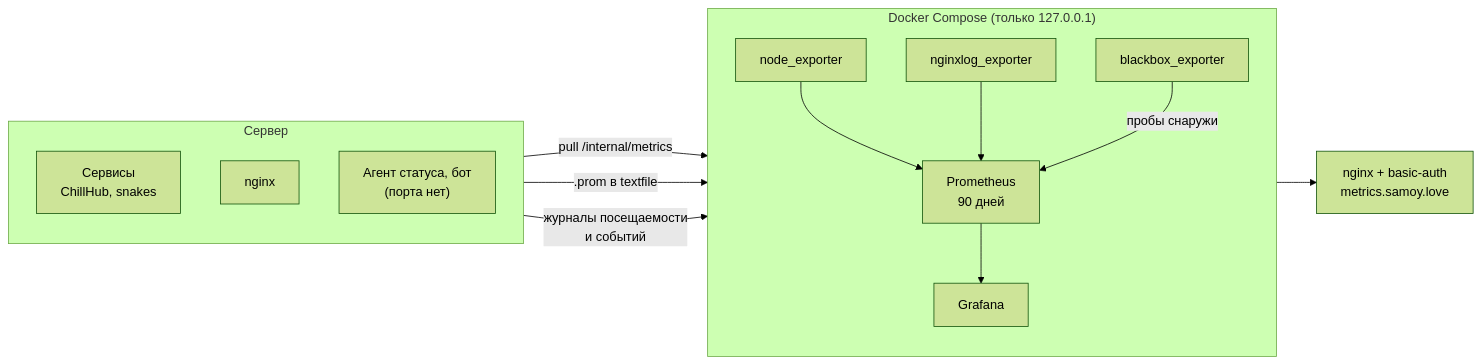
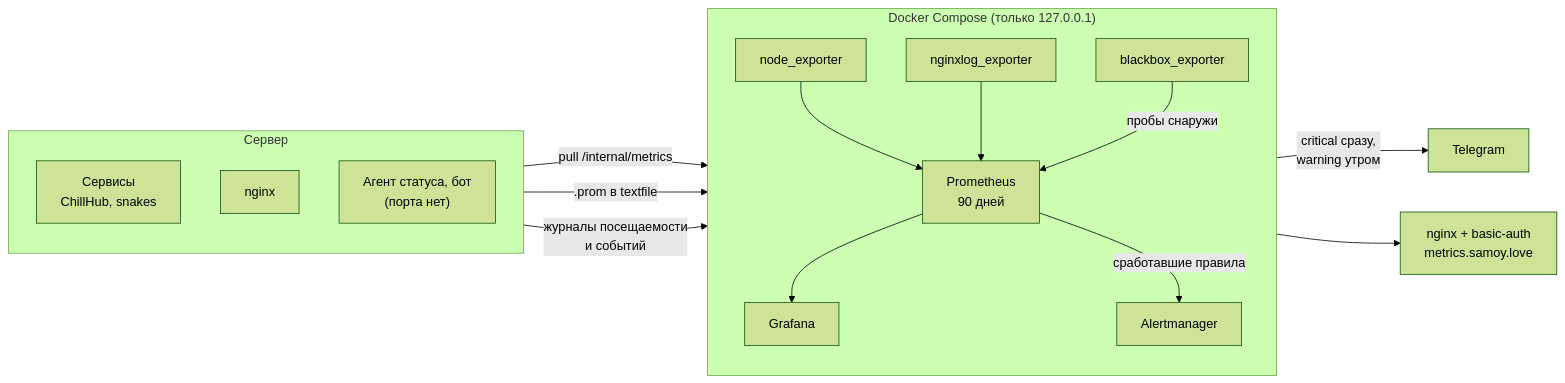
Before and after one commit to samoy-love/metrics.samoy.love: the diagram in README.md, drawn with Mermaid (forest theme). The commit also changed other lines of this file and 11 other files, not shown here.

````diff
--- a/README.md
+++ b/README.md
@@ -52,27 +52,30 @@
 ```mermaid
 flowchart LR
     subgraph host["Сервер"]
         direction TB
         svc["Сервисы<br/>ChillHub, snakes"]
         nginx["nginx"]
         timer["Агент статуса, бот<br/>(порта нет)"]
     end
 
     subgraph compose["Docker Compose (только 127.0.0.1)"]
         direction TB
         node["node_exporter"]
         nglog["nginxlog_exporter"]
         bb["blackbox_exporter"]
         prom["Prometheus<br/>90 дней"]
         graf["Grafana"]
+        am["Alertmanager"]
     end
 
     svc -->|"pull /internal/metrics"| prom
     timer -->|".prom в textfile"| node
     nginx -->|"журналы посещаемости<br/>и событий"| nglog
     node --> prom
     nglog --> prom
     bb -->|"пробы снаружи"| prom
     prom --> graf
+    prom -->|"сработавшие правила"| am
+    am -->|"critical сразу,<br/>warning утром"| tg["Telegram"]
     graf --> gate["nginx + basic-auth<br/>metrics.samoy.love"]
 ```
````
